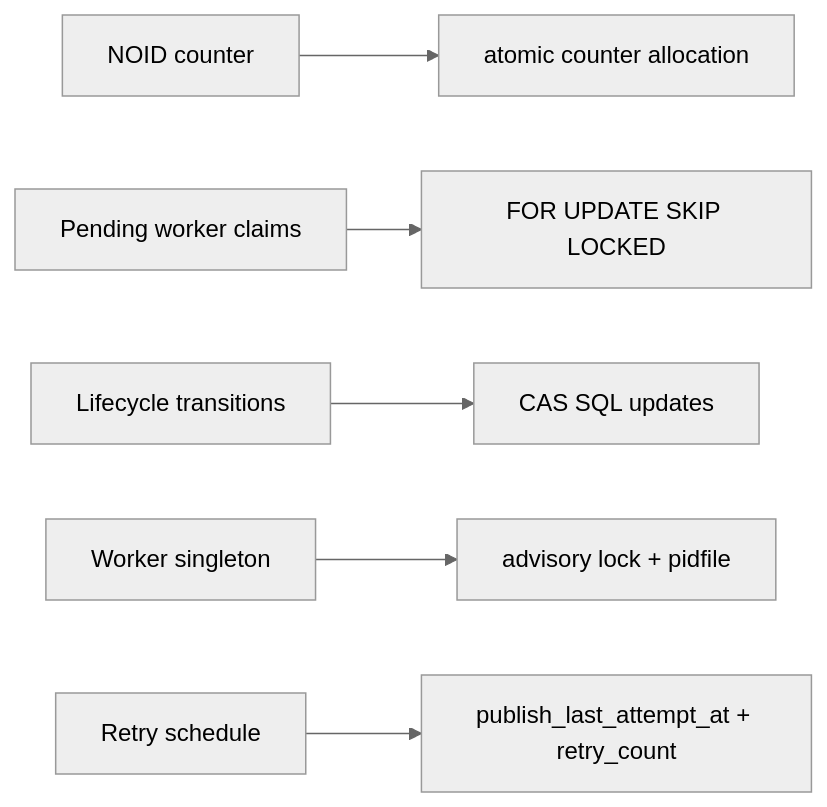
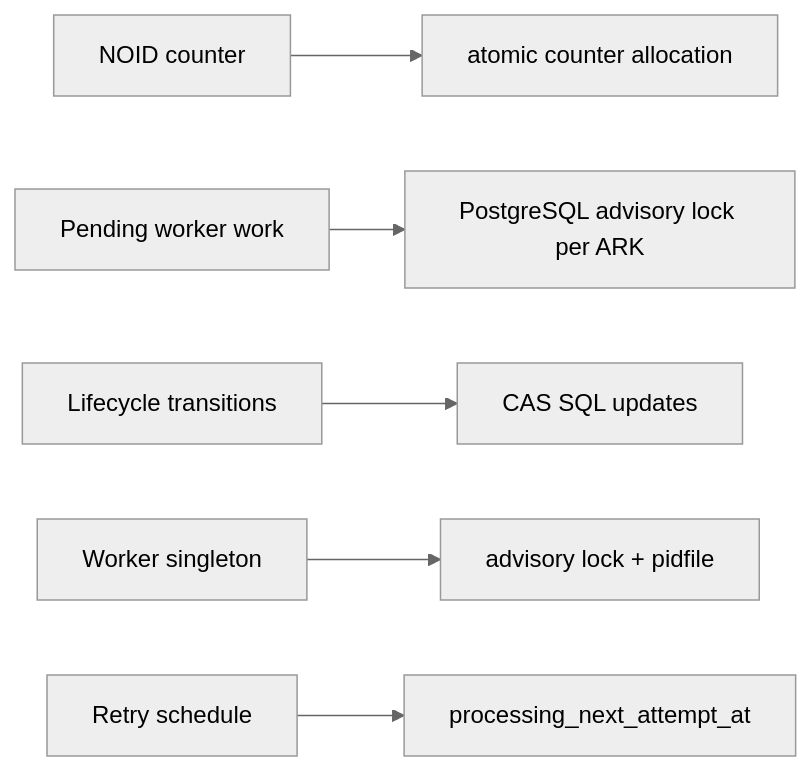
Before and after one commit to LA-Referencia-IOI/dark-core-minter-api: the tenth of 13 diagrams in minter-architecture.md, drawn with Mermaid (neutral theme). The commit also changed other lines of this file and 25 other files, not shown here.

````diff
--- a/minter-architecture.md
+++ b/minter-architecture.md
@@ -415,8 +415,8 @@
 ```mermaid
 flowchart LR
     A["NOID counter"] --> B["atomic counter allocation"]
-    C["Pending worker claims"] --> D["FOR UPDATE SKIP LOCKED"]
+    C["Pending worker work"] --> D["PostgreSQL advisory lock per ARK"]
     E["Lifecycle transitions"] --> F["CAS SQL updates"]
     G["Worker singleton"] --> H["advisory lock + pidfile"]
-    I["Retry schedule"] --> J["publish_last_attempt_at + retry_count"]
+    I["Retry schedule"] --> J["processing_next_attempt_at"]
 ```
````
